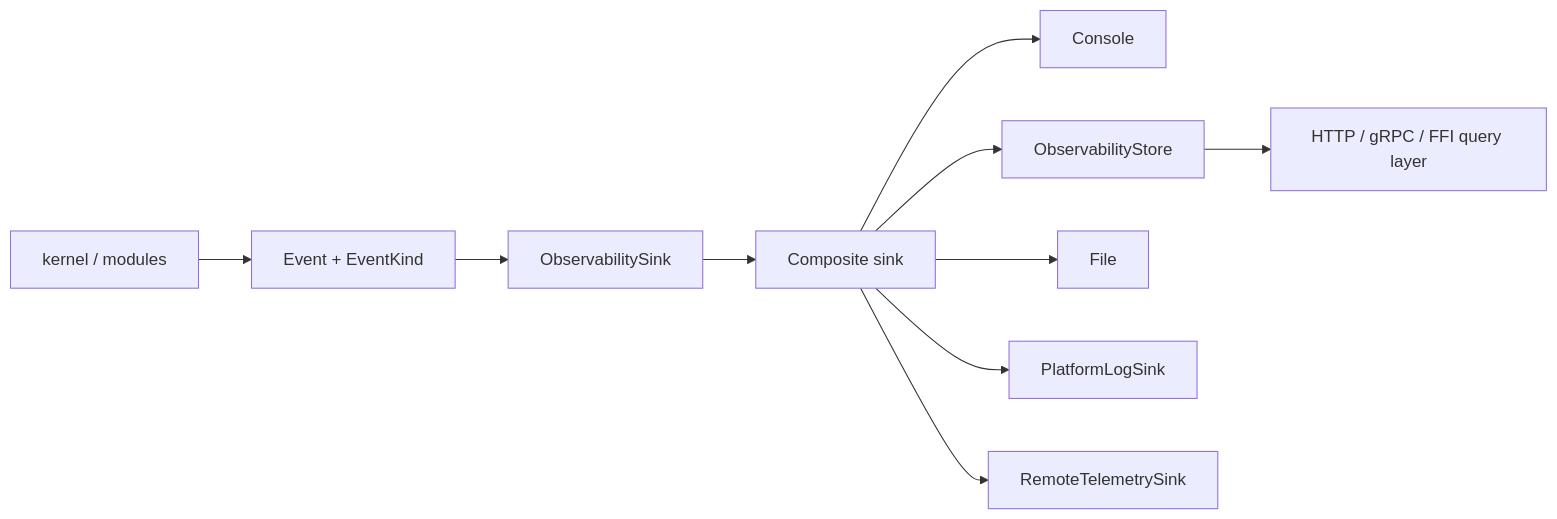
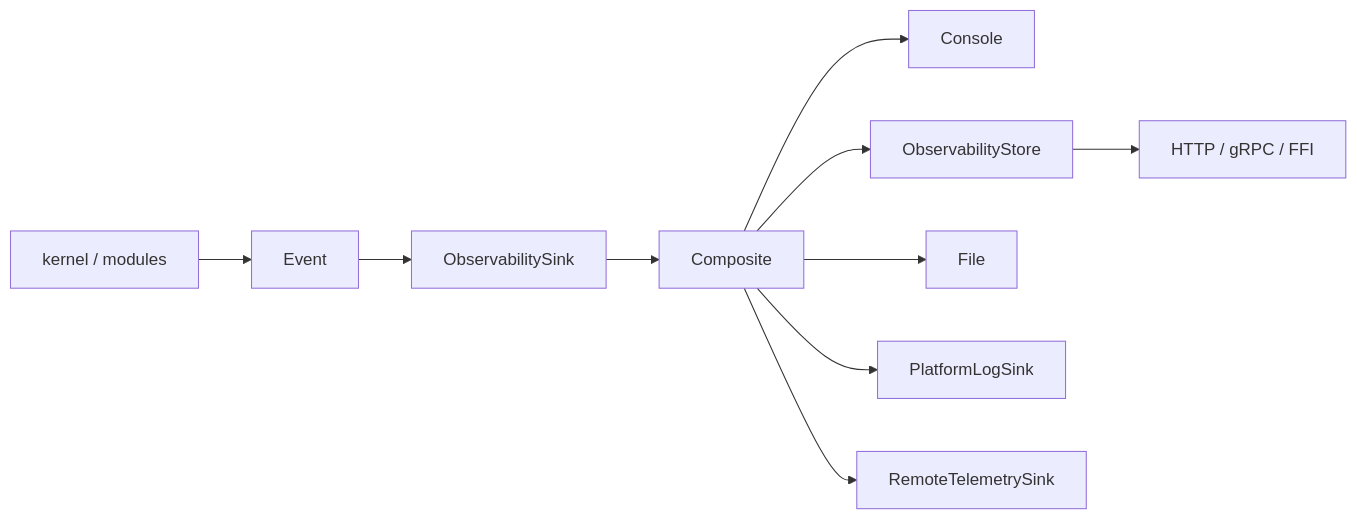
Before and after one commit to loafman1120/RustBox: the diagram in docs/observability-architecture.md, drawn with Mermaid. The commit also changed other lines of this file and 7 other files, not shown here.

````diff
--- a/docs/observability-architecture.md
+++ b/docs/observability-architecture.md
@@ -70,21 +31,11 @@
 ```mermaid
 flowchart LR
-    CORE["kernel / modules"]
-    EVENT["Event + EventKind"]
-    SINK["ObservabilitySink"]
-    FANOUT["Composite sink"]
-    CONSOLE["Console"]
-    STORE["ObservabilityStore"]
-    FILE["File"]
-    PLATFORM["PlatformLogSink"]
-    REMOTE["RemoteTelemetrySink"]
-    API["HTTP / gRPC / FFI query layer"]
-
-    CORE --> EVENT --> SINK --> FANOUT
-    FANOUT --> CONSOLE
-    FANOUT --> STORE
-    FANOUT --> FILE
-    FANOUT --> PLATFORM
-    FANOUT --> REMOTE
-    STORE --> API
+    CORE["kernel / modules"] --> EVENT["Event"] --> SINK["ObservabilitySink"]
+    SINK --> FANOUT["Composite"]
+    FANOUT --> CONSOLE["Console"]
+    FANOUT --> STORE["ObservabilityStore"]
+    FANOUT --> FILE["File"]
+    FANOUT --> PLATFORM["PlatformLogSink"]
+    FANOUT --> REMOTE["RemoteTelemetrySink"]
+    STORE --> API["HTTP / gRPC / FFI"]
 ```
````
